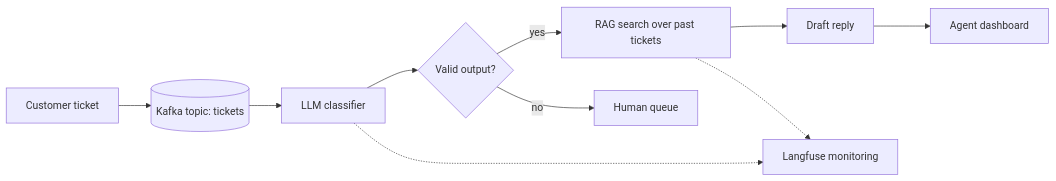
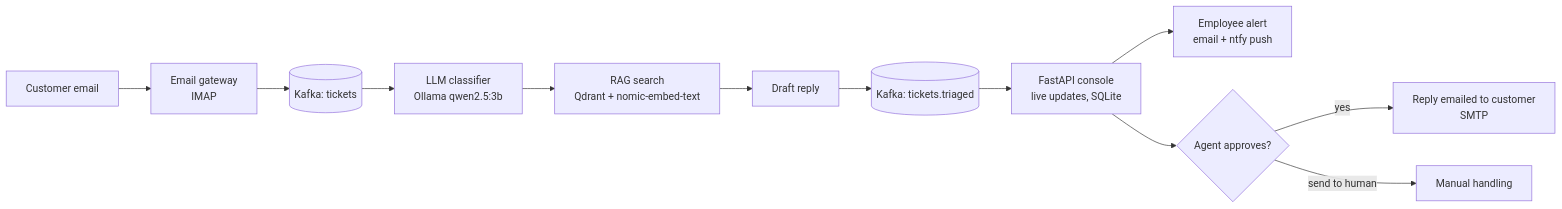
One commit to HemashreeVI/TriageIQ changed the diagram in README.md. Above: the diagram before and after it, drawn with Mermaid. The commit also changed other lines of this file, not shown here.

````diff
--- a/README.md
+++ b/README.md
@@ -50,12 +49,14 @@
 ```mermaid
 flowchart LR
-    A[Customer ticket] --> B[(Kafka topic: tickets)]
-    B --> C[LLM classifier]
-    C --> D{Valid output?}
-    D -- yes --> E[RAG search over past tickets]
-    D -- no --> H[Human queue]
-    E --> F[Draft reply]
-    F --> G[Agent dashboard]
-    C -.-> L[Langfuse monitoring]
-    E -.-> L
+    C[Customer email] --> G[Email gateway<br/>IMAP]
+    G --> K1[(Kafka: tickets)]
+    K1 --> L[LLM classifier<br/>Ollama qwen2.5:3b]
+    L --> R[RAG search<br/>Qdrant + nomic-embed-text]
+    R --> D[Draft reply]
+    D --> K2[(Kafka: tickets.triaged)]
+    K2 --> S[FastAPI console<br/>live updates, SQLite]
+    S --> N[Employee alert<br/>email + ntfy push]
+    S --> A{Agent approves?}
+    A -- yes --> M[Reply emailed to customer<br/>SMTP]
+    A -- send to human --> H[Manual handling]
 ```
````
